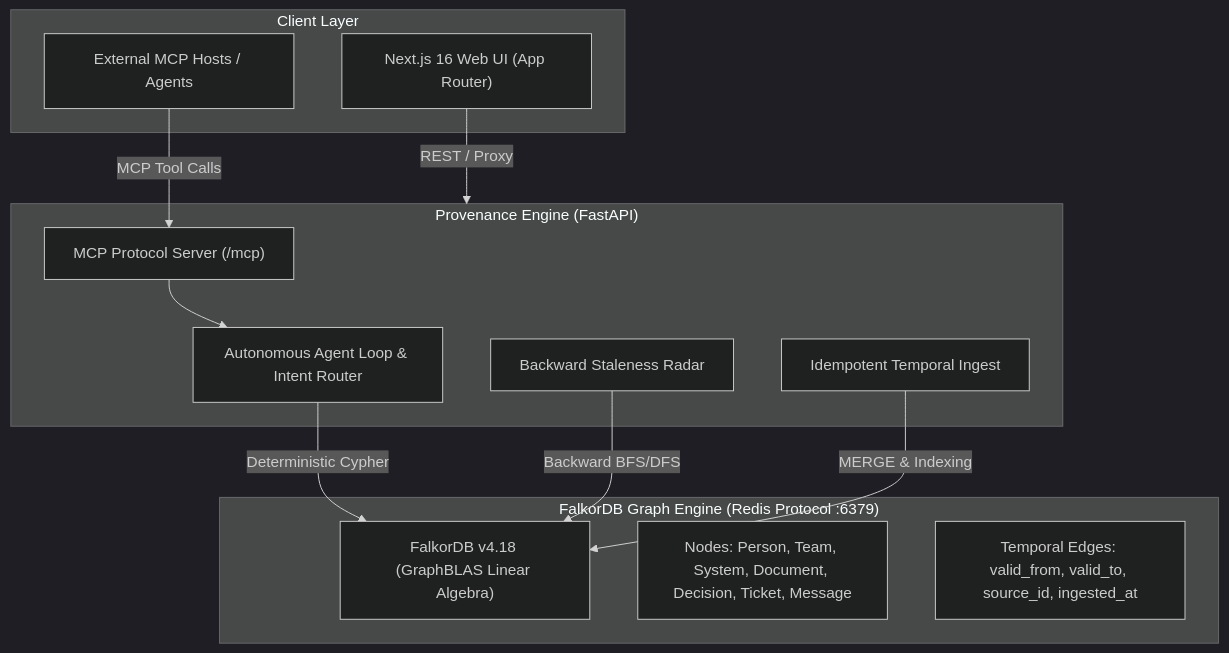
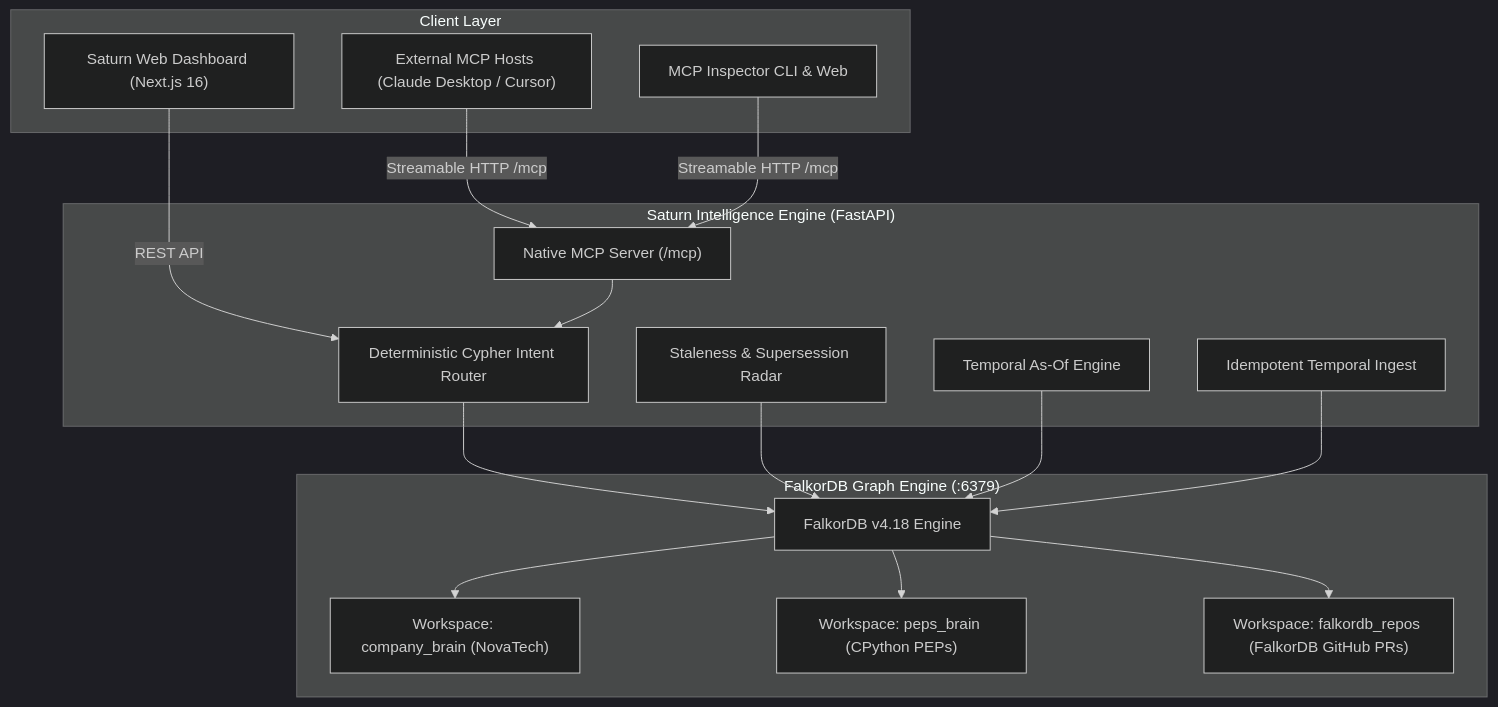
One commit to MohamedAshiq09/provenance changed the diagram in README.md. Above: the diagram before and after it, drawn with Mermaid (dark theme). The commit also changed other lines of this file, not shown here.

Commit message:
docs: overhaul README with professional Saturn branding, architecture, and judge-ready benchmark

````diff
--- a/README.md
+++ b/README.md
@@ -33,27 +68,36 @@
 ```mermaid
 flowchart TD
-    subgraph Client ["Client Layer"]
-        UI["Next.js 16 Web UI (App Router)"]
-        ExtAgents["External MCP Hosts / Agents"]
+    subgraph Clients ["Client Layer"]
+        UI["Saturn Web Dashboard (Next.js 16)"]
+        ExternalAgents["External MCP Hosts (Claude Desktop / Cursor)"]
+        Inspector["MCP Inspector CLI & Web"]
     end
 
-    subgraph Backend ["Provenance Engine (FastAPI)"]
-        Agent["Autonomous Agent Loop & Intent Router"]
-        MCP["MCP Protocol Server (/mcp)"]
-        StalenessEngine["Backward Staleness Radar"]
-        IngestEngine["Idempotent Temporal Ingest"]
+    subgraph Backend ["Saturn Intelligence Engine (FastAPI)"]
+        Router["Deterministic Cypher Intent Router"]
+        StalenessRadar["Staleness & Supersession Radar"]
+        TimeTravel["Temporal As-Of Engine"]
+        MCPServer["Native MCP Server (/mcp)"]
+        Ingest["Idempotent Temporal Ingest"]
     end
 
-    subgraph Storage ["FalkorDB Graph Engine (Redis Protocol :6379)"]
-        GraphBLAS["FalkorDB v4.18 (GraphBLAS Linear Algebra)"]
-        Nodes["Nodes: Person, Team, System, Document, Decision, Ticket, Message"]
-        Edges["Temporal Edges: valid_from, valid_to, source_id, ingested_at"]
+    subgraph Database ["FalkorDB Graph Engine (:6379)"]
+        GraphBLAS["FalkorDB v4.18 Engine"]
+        CompanyBrain["Workspace: company_brain (NovaTech)"]
+        PEPsBrain["Workspace: peps_brain (CPython PEPs)"]
+        GitHubBrain["Workspace: falkordb_repos (FalkorDB GitHub PRs)"]
     end
 
-    UI -->|REST / Proxy| Backend
-    ExtAgents -->|MCP Tool Calls| MCP
-    MCP --> Agent
-    Agent -->|Deterministic Cypher| GraphBLAS
-    StalenessEngine -->|Backward BFS/DFS| GraphBLAS
-    IngestEngine -->|MERGE & Indexing| GraphBLAS
+    UI -->|REST API| Router
+    ExternalAgents -->|Streamable HTTP /mcp| MCPServer
+    Inspector -->|Streamable HTTP /mcp| MCPServer
+    MCPServer --> Router
+    Router --> GraphBLAS
+    StalenessRadar --> GraphBLAS
+    TimeTravel --> GraphBLAS
+    Ingest --> GraphBLAS
+
+    GraphBLAS --> CompanyBrain
+    GraphBLAS --> PEPsBrain
+    GraphBLAS --> GitHubBrain
 ```
````
